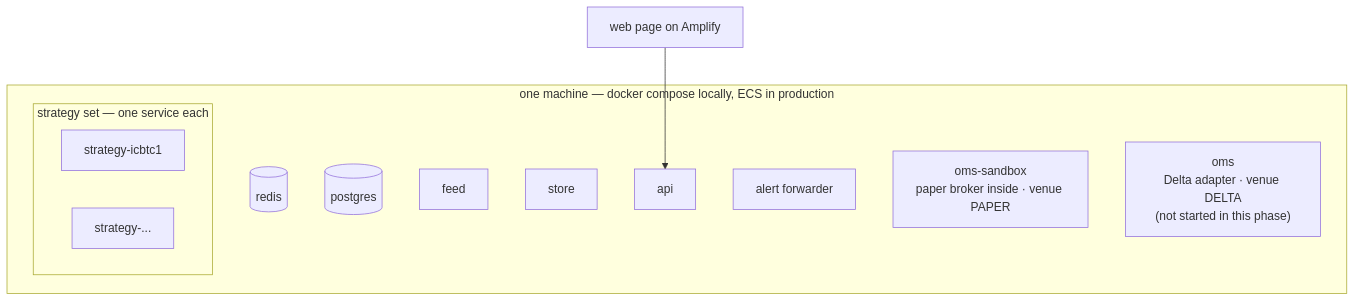
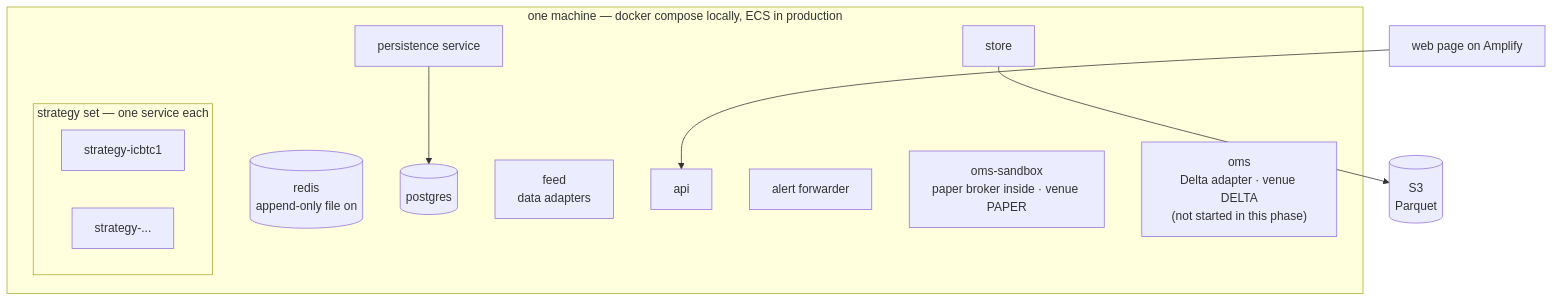
Before and after one commit to lalitkarthik/delta-exchange-payoff: the diagram in docs/design/execution/operations.md, drawn with Mermaid. The commit also changed other lines of this file and 10 other files, not shown here.

Commit message:
The execution design gains a persistence service, a data-feed page, strategy checkpoints and a reconciliation that repairs

````diff
--- a/docs/design/execution/operations.md
+++ b/docs/design/execution/operations.md
@@ -16,14 +16,17 @@
 ```mermaid
 flowchart TB
   subgraph M["one machine — docker compose locally, ECS in production"]
-    R[("redis")]
+    R[("redis<br/>append-only file on")]
     PG[("postgres")]
-    F["feed"]; ST["store"]; API["api"]; DC["alert forwarder"]
+    PS["persistence service"]
+    F["feed<br/>data adapters"]; ST["store"]; API["api"]; DC["alert forwarder"]
     subgraph SS["strategy set — one service each"]
       S1["strategy-icbtc1"]; S2["strategy-..."]
     end
     OS["oms-sandbox<br/>paper broker inside · venue PAPER"]
     OL["oms<br/>Delta adapter · venue DELTA<br/>(not started in this phase)"]
   end
   W["web page on Amplify"] --> API
+  PS --> PG
+  ST --> S3[("S3<br/>Parquet")]
 ```
````
